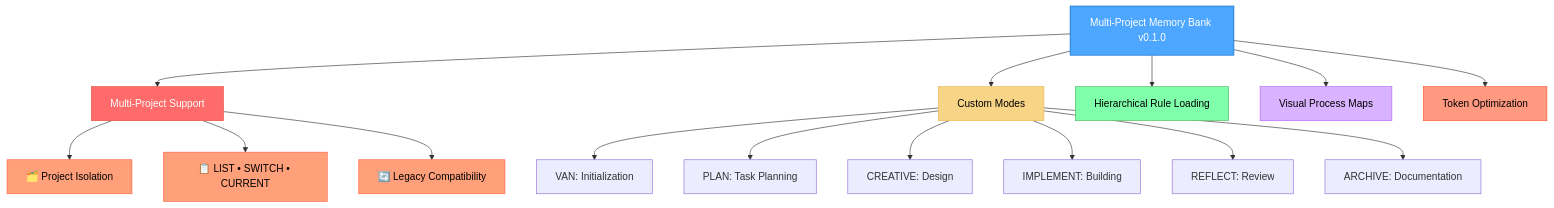
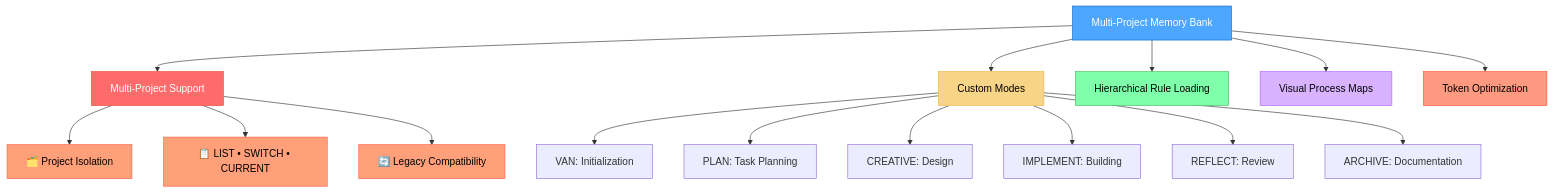
One commit to jedita/cursor-memory-bank changed the first of 4 diagrams in README.md. Above: the diagram before and after it, drawn with Mermaid. The commit also changed other lines of this file, not shown here.

````diff
--- a/README.md
+++ b/README.md
@@ -13,29 +13,29 @@
 ```mermaid
 graph TD
-    Main["Multi-Project Memory Bank v0.1.0"] --> MultiProject["Multi-Project Support"]
+    Main["Multi-Project Memory Bank"] --> MultiProject["Multi-Project Support"]
     Main --> Modes["Custom Modes"]
     Main --> Rules["Hierarchical Rule Loading"]
     Main --> Visual["Visual Process Maps"]
     Main --> Token["Token Optimization"]
     
     MultiProject --> Projects["🗂️ Project Isolation"]
     MultiProject --> Commands["📋 LIST • SWITCH • CURRENT"]
     MultiProject --> Legacy["🔄 Legacy Compatibility"]
     
     Modes --> VAN["VAN: Initialization"]
     Modes --> PLAN["PLAN: Task Planning"]
     Modes --> CREATIVE["CREATIVE: Design"]
     Modes --> IMPLEMENT["IMPLEMENT: Building"]
     Modes --> REFLECT["REFLECT: Review"]
     Modes --> ARCHIVE["ARCHIVE: Documentation"]
     
     style Main fill:#4da6ff,stroke:#0066cc,color:white
     style MultiProject fill:#ff6b6b,stroke:#e74c3c,color:white
     style Projects fill:#ffa07a,stroke:#ff6347,color:black
     style Commands fill:#ffa07a,stroke:#ff6347,color:black
     style Legacy fill:#ffa07a,stroke:#ff6347,color:black
     style Modes fill:#f8d486,stroke:#e8b84d,color:black
     style Rules fill:#80ffaa,stroke:#4dbb5f,color:black
     style Visual fill:#d9b3ff,stroke:#b366ff,color:black
     style Token fill:#ff9980,stroke:#ff5533,color:black
 ```
````
